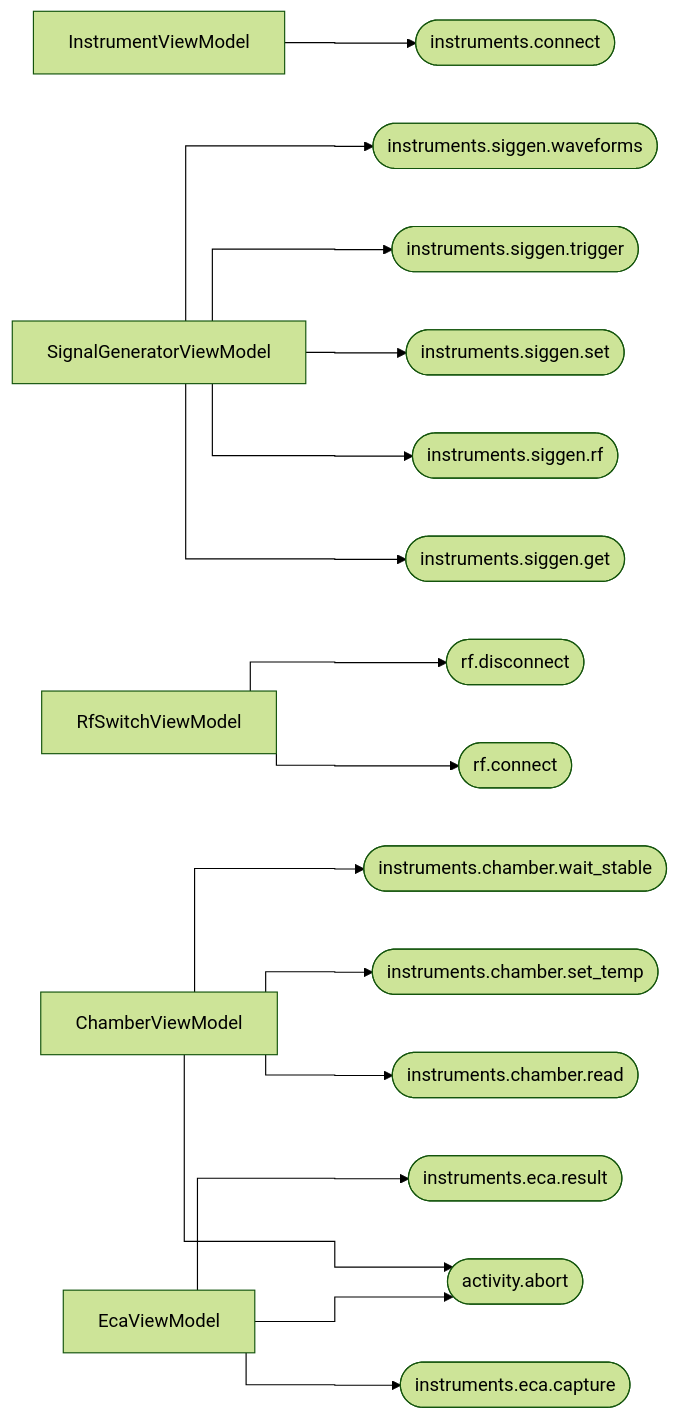
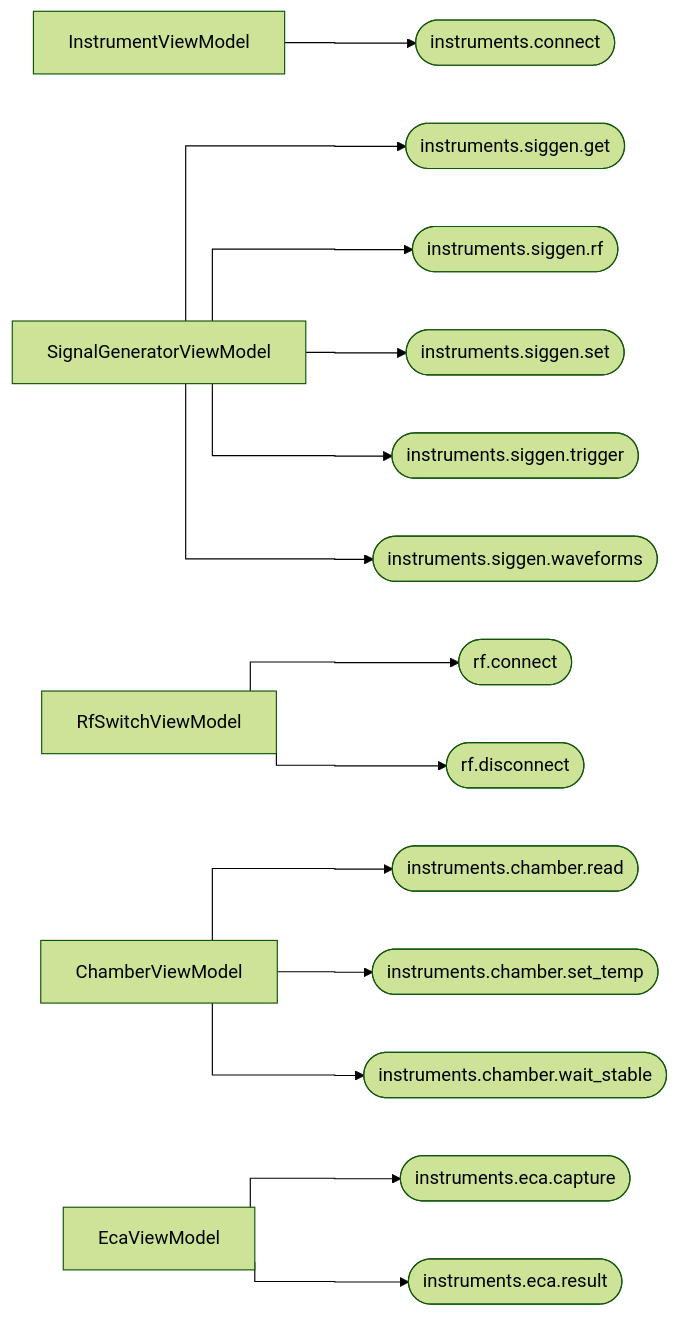
One commit to ShoyonK/sample_ui changed diagram 27 of 30 in docs/ARCHITECTURE.md. Above: the diagram before and after it, drawn with Mermaid (forest theme). The commit also changed other lines of this file and 315 other files, not shown here.

````diff
--- a/docs/ARCHITECTURE.md
+++ b/docs/ARCHITECTURE.md
@@ -986,38 +954,35 @@
 ```mermaid
 %%{init: {"flowchart": {"curve": "stepBefore"}}}%%
 flowchart LR
     InstrumentViewModel["InstrumentViewModel"]
     SignalGeneratorViewModel["SignalGeneratorViewModel"]
     RfSwitchViewModel["RfSwitchViewModel"]
     ChamberViewModel["ChamberViewModel"]
     EcaViewModel["EcaViewModel"]
-    activity_abort(["activity.abort"])
     instruments_chamber_read(["instruments.chamber.read"])
     instruments_chamber_set_temp(["instruments.chamber.set_temp"])
     instruments_chamber_wait_stable(["instruments.chamber.wait_stable"])
     instruments_connect(["instruments.connect"])
     instruments_eca_capture(["instruments.eca.capture"])
     instruments_eca_result(["instruments.eca.result"])
     instruments_siggen_get(["instruments.siggen.get"])
     instruments_siggen_rf(["instruments.siggen.rf"])
     instruments_siggen_set(["instruments.siggen.set"])
     instruments_siggen_trigger(["instruments.siggen.trigger"])
     instruments_siggen_waveforms(["instruments.siggen.waveforms"])
     rf_connect(["rf.connect"])
     rf_disconnect(["rf.disconnect"])
     InstrumentViewModel --> instruments_connect
     SignalGeneratorViewModel --> instruments_siggen_get
     SignalGeneratorViewModel --> instruments_siggen_rf
     SignalGeneratorViewModel --> instruments_siggen_set
     SignalGeneratorViewModel --> instruments_siggen_trigger
     SignalGeneratorViewModel --> instruments_siggen_waveforms
     RfSwitchViewModel --> rf_connect
     RfSwitchViewModel --> rf_disconnect
-    ChamberViewModel --> activity_abort
     ChamberViewModel --> instruments_chamber_read
     ChamberViewModel --> instruments_chamber_set_temp
     ChamberViewModel --> instruments_chamber_wait_stable
-    EcaViewModel --> activity_abort
     EcaViewModel --> instruments_eca_capture
     EcaViewModel --> instruments_eca_result
 ```
````
